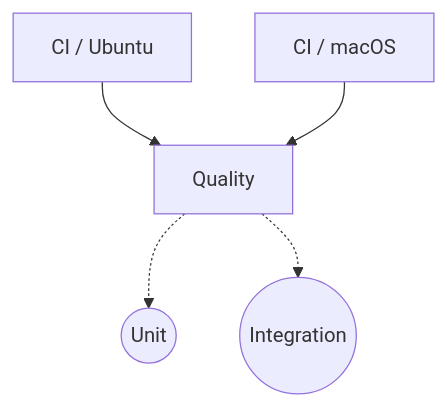
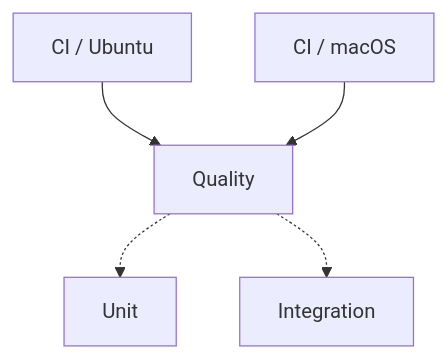
One commit to mhambre/sparseio changed the diagram in docs/CI.md. Above: the diagram before and after it, drawn with Mermaid.

Commit message:
I hate these

````diff
--- a/docs/CI.md
+++ b/docs/CI.md
@@ -12,13 +12,13 @@
 ```mermaid
 flowchart TD
     U["CI / Ubuntu"]
     M["CI / macOS"]
     Q["Quality"]
-    T(("Unit"))
-    I(("Integration"))
+    T["Unit"]
+    I["Integration"]
 
     U --> Q
     M --> Q
     Q -.-> T
     Q -.-> I
 ```
````
